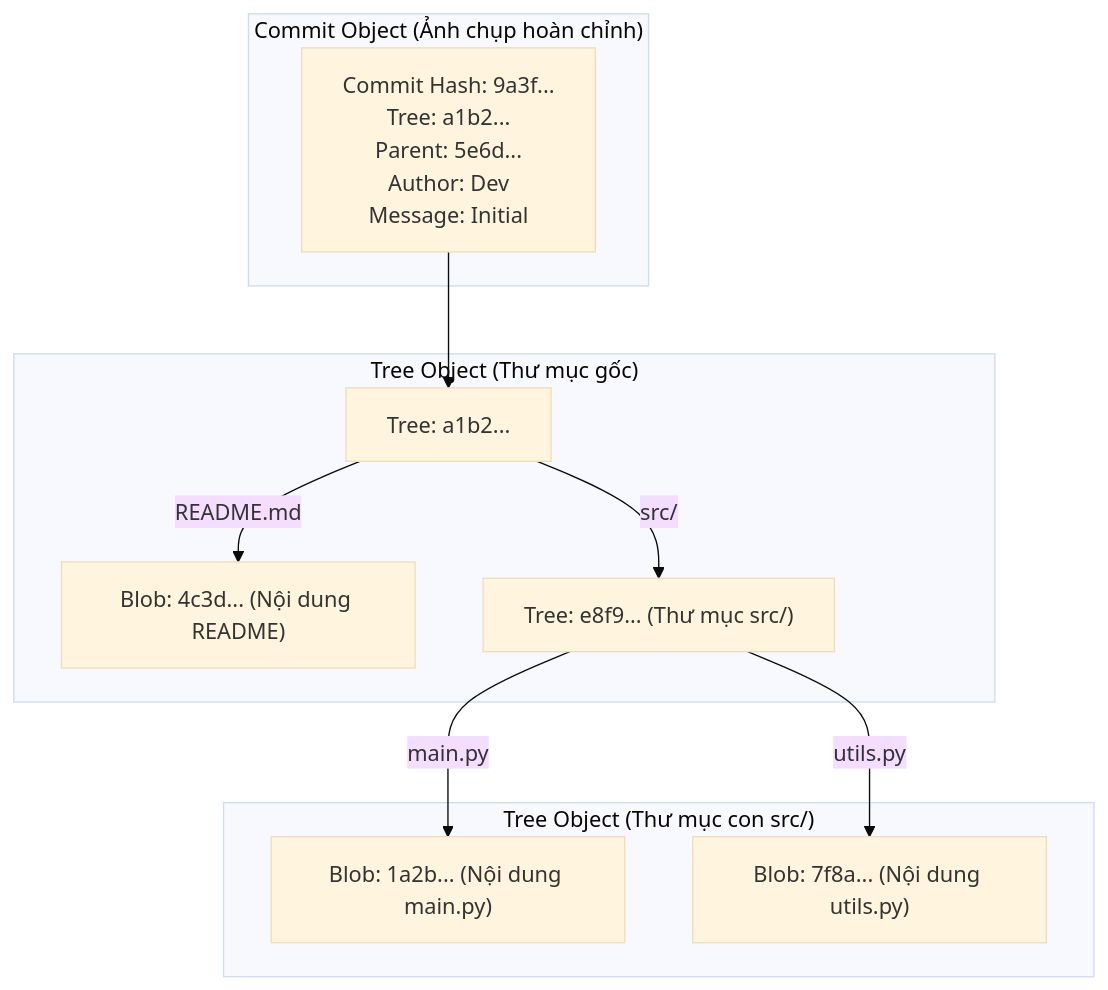
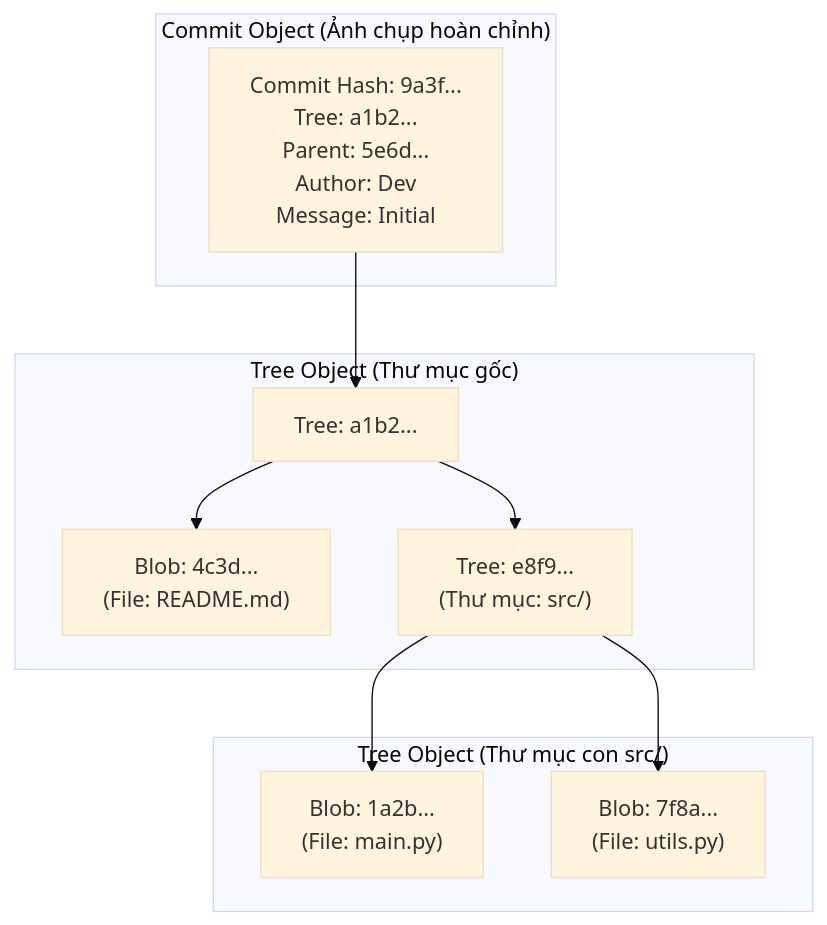
The third of 8 diagrams in Git/README.md (XuanQuang1301/Training-IT), drawn with Mermaid (base theme) before and after one commit. The commit also changed other lines of this file and 1 other file, not shown here.

````diff
--- a/Git/README.md
+++ b/Git/README.md
@@ -177,19 +176,23 @@
 ```mermaid
 graph TD
     subgraph CommitObject ["Commit Object (Ảnh chụp hoàn chỉnh)"]
-        C["Commit Hash: 9a3f...\nTree: a1b2...\nParent: 5e6d...\nAuthor: Dev\nMessage: Initial"]
+        C["Commit Hash: 9a3f...<br/>Tree: a1b2...<br/>Parent: 5e6d...<br/>Author: Dev<br/>Message: Initial"]
     end
 
     subgraph RootTree ["Tree Object (Thư mục gốc)"]
         T1["Tree: a1b2..."]
-        T1 -->|README.md| B1["Blob: 4c3d... (Nội dung README)"]
-        T1 -->|src/| T2["Tree: e8f9... (Thư mục src/)"]
+        B1["Blob: 4c3d...<br/>(File: README.md)"]
+        T2["Tree: e8f9...<br/>(Thư mục: src/)"]
+        T1 --> B1
+        T1 --> T2
     end
 
     subgraph SubTree ["Tree Object (Thư mục con src/)"]
-        T2 -->|main.py| B2["Blob: 1a2b... (Nội dung main.py)"]
-        T2 -->|utils.py| B3["Blob: 7f8a... (Nội dung utils.py)"]
+        B2["Blob: 1a2b...<br/>(File: main.py)"]
+        B3["Blob: 7f8a...<br/>(File: utils.py)"]
+        T2 --> B2
+        T2 --> B3
     end
 
     C --> T1
 ```
````
